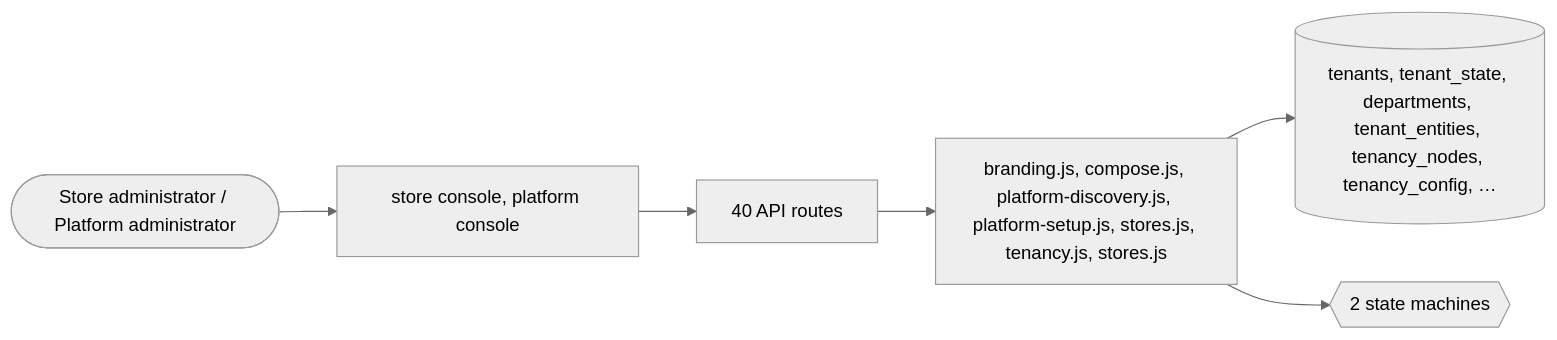
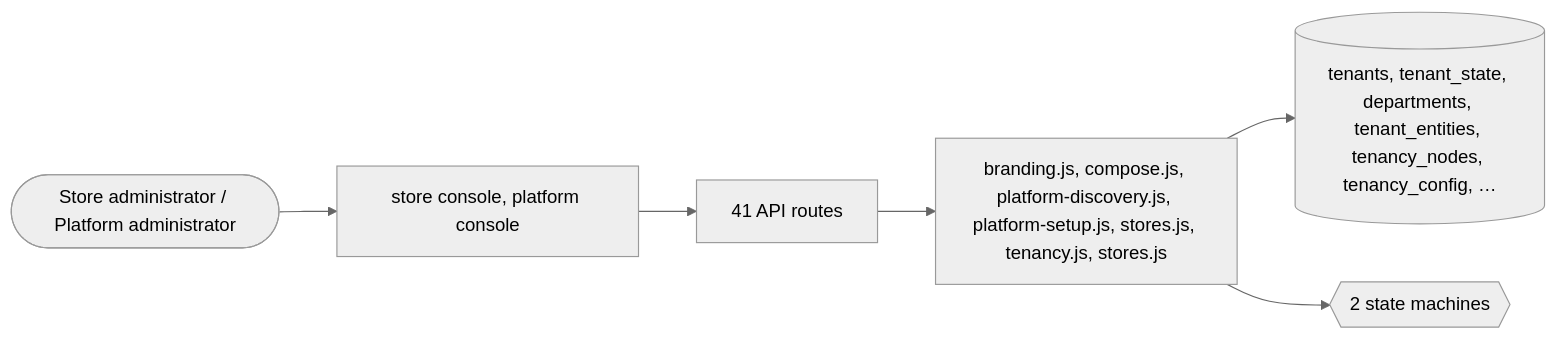
One commit to echelonxventures-Projects/universal-product changed the third of 3 diagrams in docs/domains/stores.md. Above: the diagram before and after it, drawn with Mermaid (neutral theme). The commit also changed other lines of this file and 7 other files, not shown here.

````diff
--- a/docs/domains/stores.md
+++ b/docs/domains/stores.md
@@ -218,8 +219,8 @@
 ```mermaid
 flowchart LR
   U([Store administrator / Platform administrator]) --> UI[store console, platform console]
-  UI --> API[40 API routes]
+  UI --> API[41 API routes]
   API --> ENG[branding.js, compose.js, platform-discovery.js, platform-setup.js, stores.js, tenancy.js, stores.js]
   ENG --> DB[(tenants, tenant_state, departments, tenant_entities, tenancy_nodes, tenancy_config, …)]
   ENG --> SM{{2 state machines}}
 ```
````
